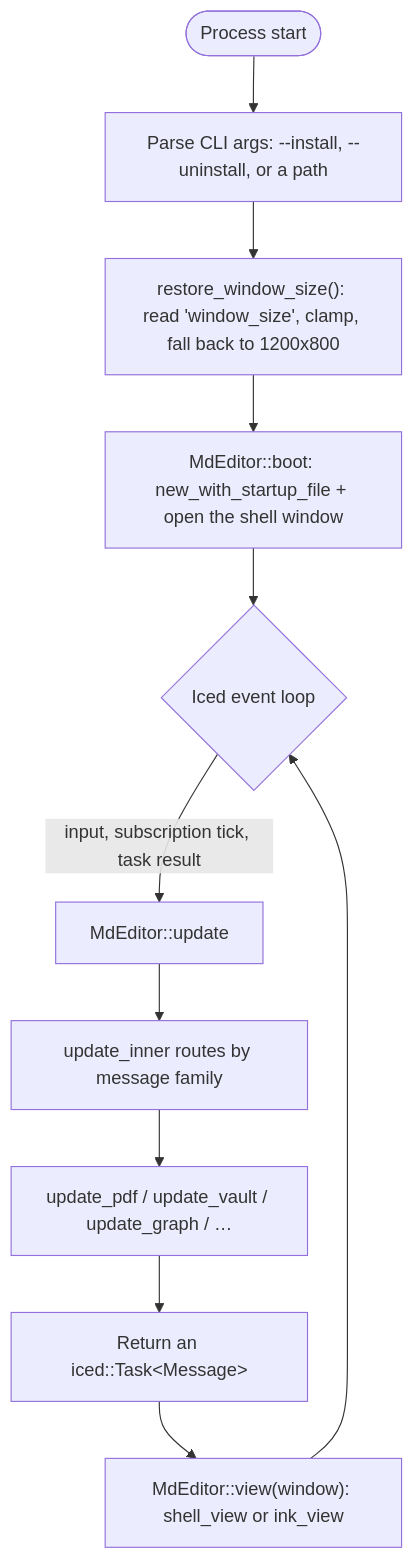
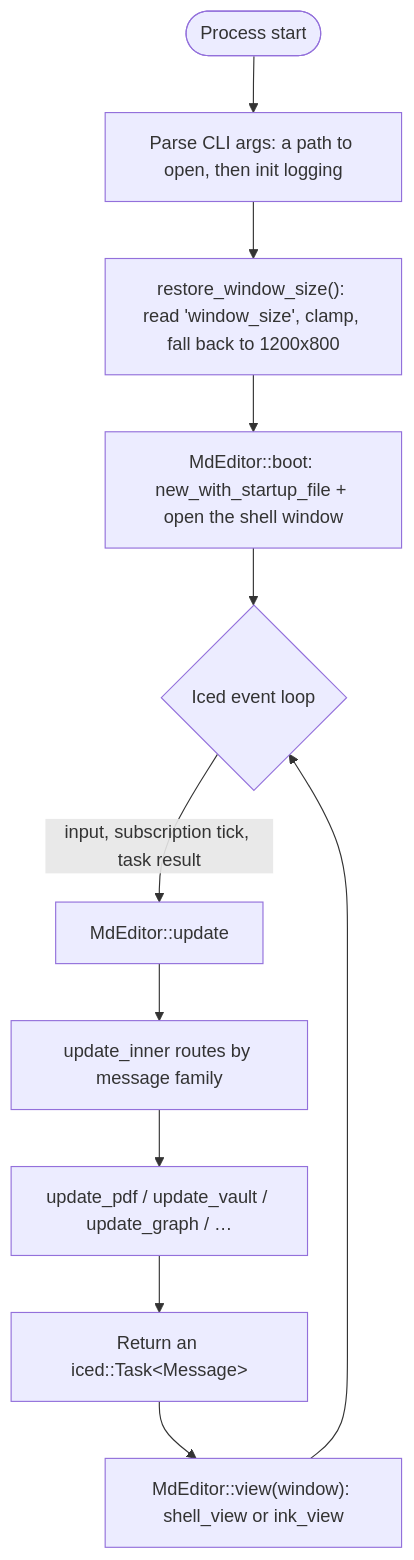
The first of 2 diagrams in wiki/Native-Desktop-GUI.md (Suranjan77/md-editor), drawn with Mermaid before and after one commit. The commit also changed other lines of this file and 101 other files, not shown here.

````diff
--- a/wiki/Native-Desktop-GUI.md
+++ b/wiki/Native-Desktop-GUI.md
@@ -28,13 +28,13 @@
 ```mermaid
 flowchart TD
-    Init(["Process start"]) --> Cli["Parse CLI args: --install, --uninstall, or a path"]
+    Init(["Process start"]) --> Cli["Parse CLI args: a path to open, then init logging"]
     Cli --> Geometry["restore_window_size(): read 'window_size', clamp, fall back to 1200x800"]
     Geometry --> Boot["MdEditor::boot: new_with_startup_file + open the shell window"]
     Boot --> EventLoop{"Iced event loop"}
     EventLoop -->|"input, subscription tick, task result"| Update["MdEditor::update"]
     Update --> Router["update_inner routes by message family"]
     Router --> Handler["update_pdf / update_vault / update_graph / …"]
     Handler --> ReturnTask["Return an iced::Task&lt;Message&gt;"]
     ReturnTask --> View["MdEditor::view(window): shell_view or ink_view"]
     View --> EventLoop
 ```
````
